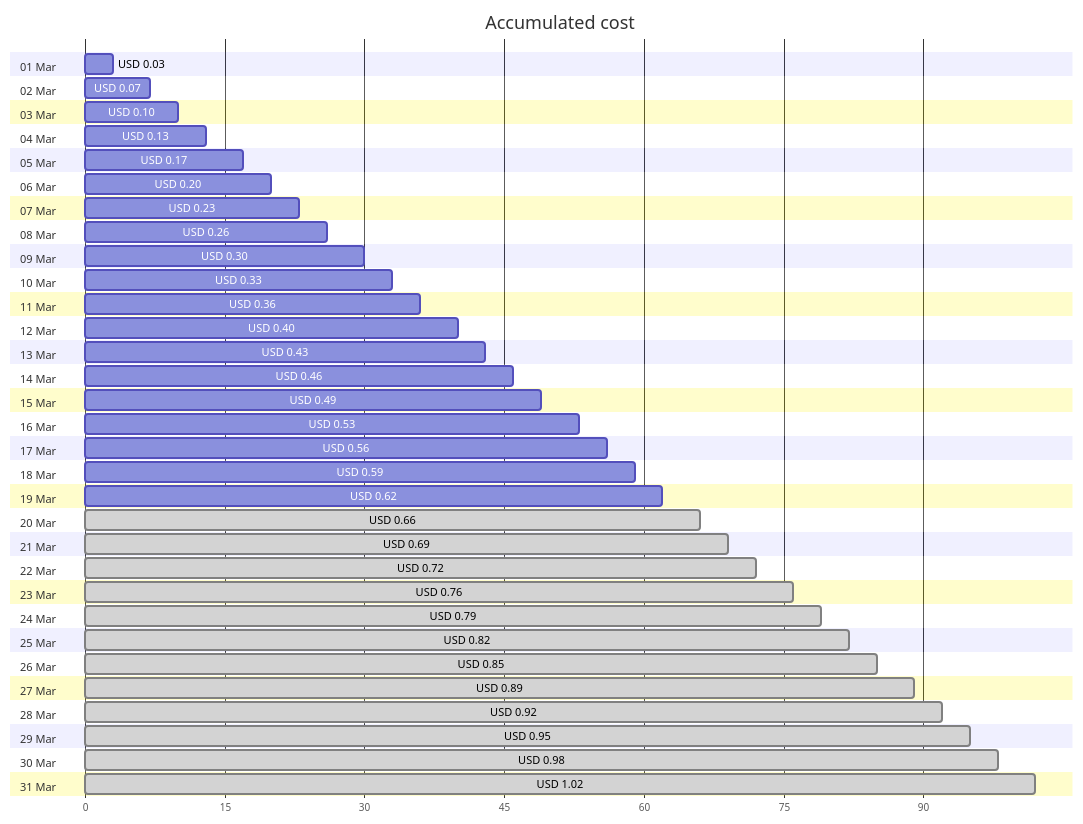
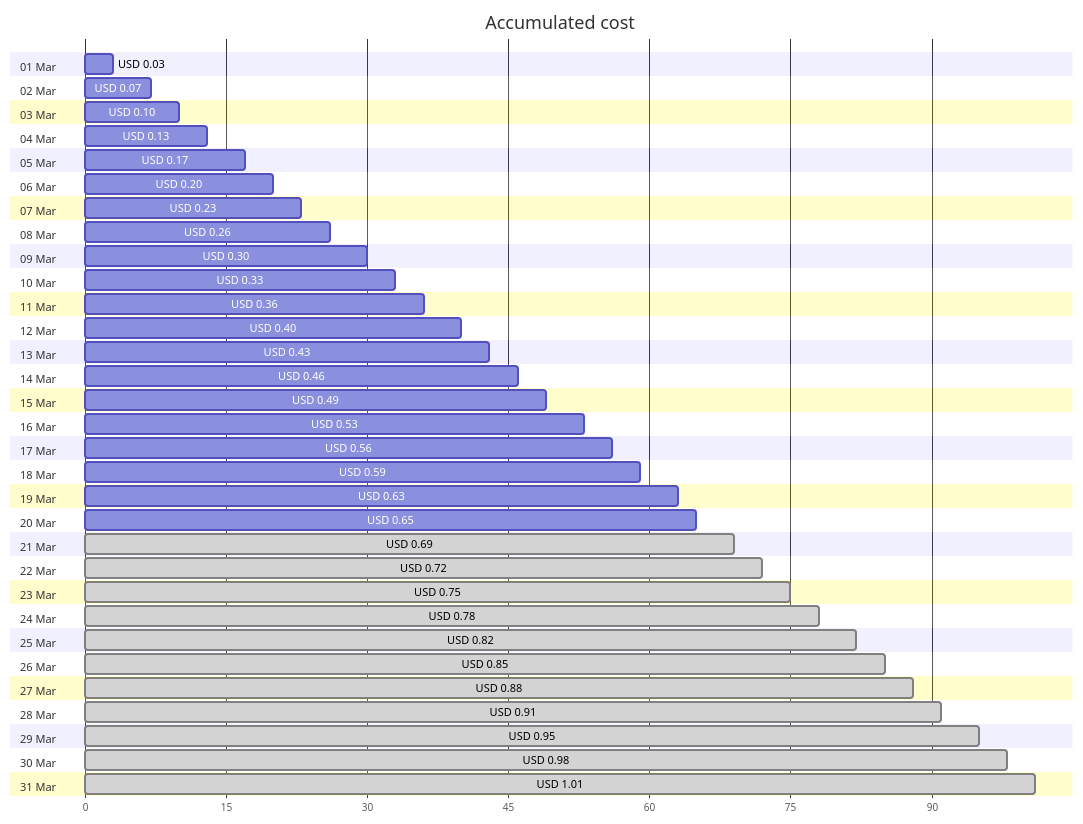
Before and after one commit to jpfulton/azure-personal-reports: the first of 4 diagrams in cost-reports/personal-dns/README.md, drawn with Mermaid. The commit also changed other lines of this file and 2 other files, not shown here.

````diff
--- a/cost-reports/personal-dns/README.md
+++ b/cost-reports/personal-dns/README.md
@@ -20,68 +20,68 @@
 ```mermaid
 gantt
    title Accumulated cost
    dateFormat  X
    axisFormat %s
    section 01 Mar
    USD 0.03 :0, 3
    section 02 Mar
    USD 0.07 :0, 7
    section 03 Mar
    USD 0.10 :0, 10
    section 04 Mar
    USD 0.13 :0, 13
    section 05 Mar
    USD 0.17 :0, 17
    section 06 Mar
    USD 0.20 :0, 20
    section 07 Mar
    USD 0.23 :0, 23
    section 08 Mar
    USD 0.26 :0, 26
    section 09 Mar
    USD 0.30 :0, 30
    section 10 Mar
    USD 0.33 :0, 33
    section 11 Mar
    USD 0.36 :0, 36
    section 12 Mar
    USD 0.40 :0, 40
    section 13 Mar
    USD 0.43 :0, 43
    section 14 Mar
    USD 0.46 :0, 46
    section 15 Mar
    USD 0.49 :0, 49
    section 16 Mar
    USD 0.53 :0, 53
    section 17 Mar
    USD 0.56 :0, 56
    section 18 Mar
    USD 0.59 :0, 59
    section 19 Mar
-   USD 0.62 :0, 62
+   USD 0.63 :0, 63
    section 20 Mar
-   USD 0.66 : done, 0, 66
+   USD 0.65 :0, 65
    section 21 Mar
    USD 0.69 : done, 0, 69
    section 22 Mar
    USD 0.72 : done, 0, 72
    section 23 Mar
-   USD 0.76 : done, 0, 76
+   USD 0.75 : done, 0, 75
    section 24 Mar
-   USD 0.79 : done, 0, 79
+   USD 0.78 : done, 0, 78
    section 25 Mar
    USD 0.82 : done, 0, 82
    section 26 Mar
    USD 0.85 : done, 0, 85
    section 27 Mar
-   USD 0.89 : done, 0, 89
+   USD 0.88 : done, 0, 88
    section 28 Mar
-   USD 0.92 : done, 0, 92
+   USD 0.91 : done, 0, 91
    section 29 Mar
    USD 0.95 : done, 0, 95
    section 30 Mar
    USD 0.98 : done, 0, 98
    section 31 Mar
-   USD 1.02 : done, 0, 102
+   USD 1.01 : done, 0, 101
 ```
````
